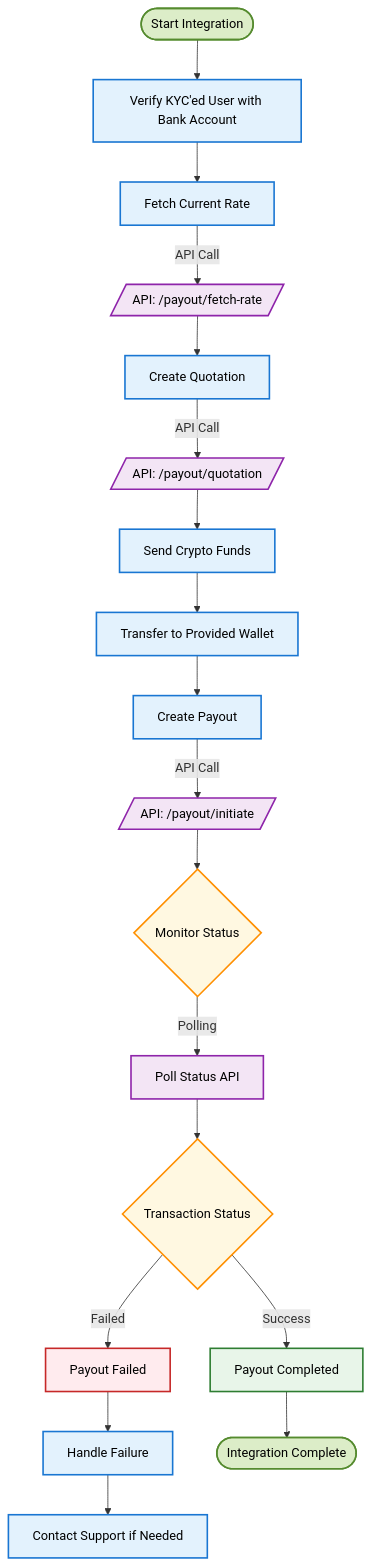
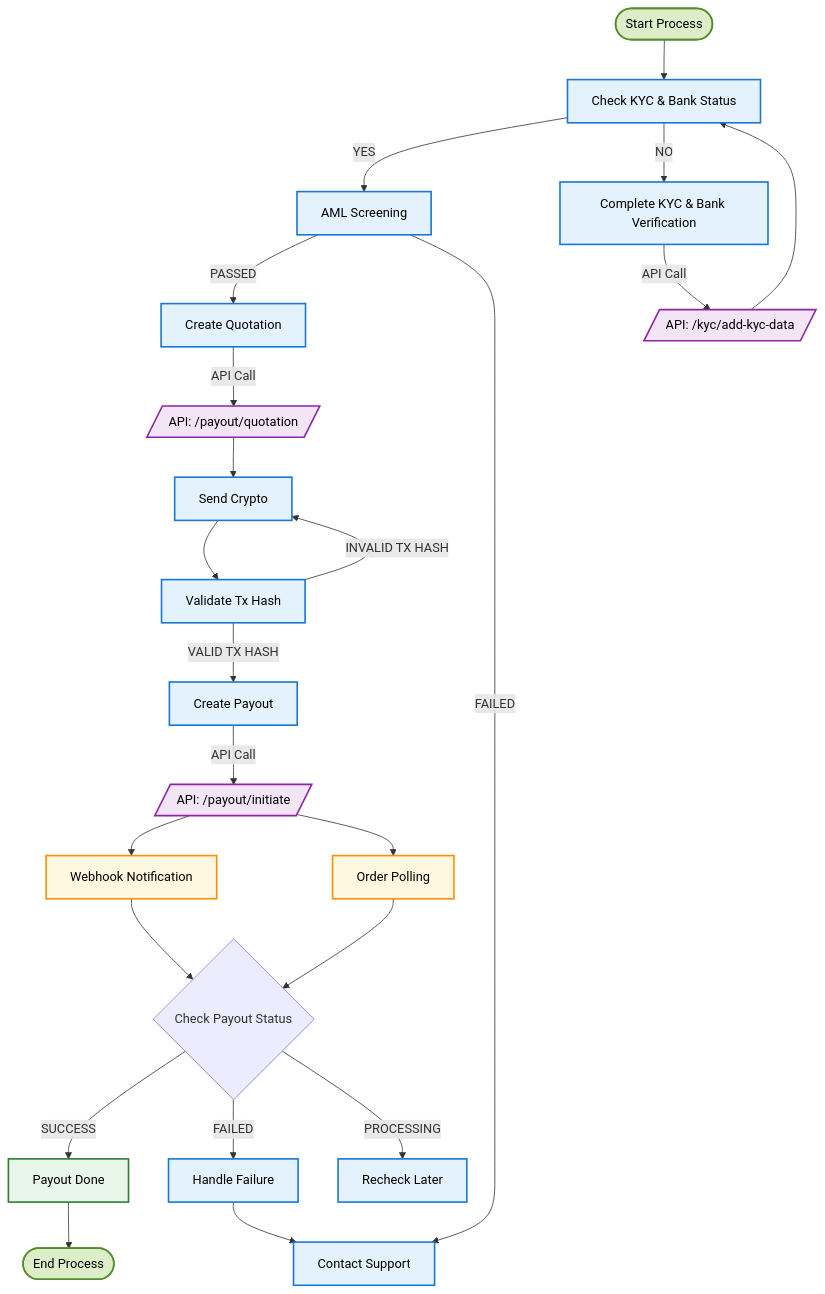
The first of 2 diagrams in api-reference-other/integration-guides/payout-integration-guide.mdx (DollarPe-Infra/docs), drawn with Mermaid before and after one commit. The commit also changed other lines of this file and 4 other files, not shown here.

````diff
--- a/api-reference-other/integration-guides/payout-integration-guide.mdx
+++ b/api-reference-other/integration-guides/payout-integration-guide.mdx
@@ -38,44 +45,48 @@
 ```mermaid
 flowchart TD
-    Start([Start Integration]) --> KYCCheck[Verify KYC'ed User with Bank Account]
+    Start([Start Process]) --> CheckKYC[Check KYC & Bank Status]
+    CheckKYC -->|YES| AMLScreening[AML Screening]
+    CheckKYC -->|NO| AddKYC[Complete KYC & Bank Verification]
     
-    KYCCheck --> FetchRate[Fetch Current Rate]
-    FetchRate -->|API Call| FetchRateAPI[/API: /payout/fetch-rate/]
-    
-    FetchRateAPI --> CreateQuote[Create Quotation]
+    AddKYC -->|API Call| KycAPI[/API: /kyc/add-kyc-data/]
+    KycAPI --> CheckKYC
+
+    AMLScreening -->|PASSED| CreateQuote[Create Quotation]
+    AMLScreening -->|FAILED| ContactSupport[Contact Support]
+
     CreateQuote -->|API Call| QuoteAPI[/API: /payout/quotation/]
-    
-    QuoteAPI --> SendFunds[Send Crypto Funds]
-    SendFunds --> WalletTransfer[Transfer to Provided Wallet]
-    
-    WalletTransfer --> CreatePayout[Create Payout]
+    QuoteAPI --> SendCrypto[Send Crypto]
+
+    SendCrypto --> ValidateTx[Validate Tx Hash]
+
+    ValidateTx -->|VALID TX HASH| CreatePayout[Create Payout]
+    ValidateTx -->|INVALID TX HASH| SendCrypto
+
     CreatePayout -->|API Call| PayoutAPI[/API: /payout/initiate/]
-    
-    PayoutAPI --> MonitorStatus{Monitor Status}
-    
-    MonitorStatus -->|Polling| StatusCheck[Poll Status API]
-    
-    StatusCheck --> StatusEval{Transaction Status}
-    
-    StatusEval -->|Success| Success[Payout Completed]
-    StatusEval -->|Failed| Failed[Payout Failed]
-    
-    Failed --> HandleFailure[Handle Failure]
-    HandleFailure --> ContactSupport[Contact Support if Needed]
-    
-    Success --> Complete([Integration Complete])
+    PayoutAPI --> WebhookNotification[Webhook Notification]
+    PayoutAPI --> PollStatus[Order Polling]
+
+    WebhookNotification --> PayoutStatus{Check Payout Status}
+    PollStatus --> PayoutStatus
+
+    PayoutStatus -->|SUCCESS| PayoutDone[Payout Done]
+    PayoutStatus -->|FAILED| HandleFail[Handle Failure]
+    PayoutStatus -->|PROCESSING| WaitRetry[Recheck Later]
+
+    HandleFail --> ContactSupport
+    PayoutDone --> End([End Process])
 
     classDef startEndNode fill:#dcedc8,stroke:#558b2f,stroke-width:2px,color:#000
     classDef mainNode fill:#e3f2fd,stroke:#1976d2,stroke-width:2px,color:#000
     classDef apiNode fill:#f3e5f5,stroke:#8e24aa,stroke-width:2px,color:#000
     classDef stateNode fill:#e8f5e9,stroke:#2e7d32,stroke-width:2px,color:#000
     classDef failureNode fill:#ffebee,stroke:#c62828,stroke-width:2px,color:#000
     classDef waitNode fill:#fff8e1,stroke:#ff8f00,stroke-width:2px,color:#000
 
-    class Start,Complete startEndNode
-    class KYCCheck,FetchRate,CreateQuote,SendFunds,WalletTransfer,CreatePayout,HandleFailure,ContactSupport mainNode
-    class FetchRateAPI,QuoteAPI,PayoutAPI,StatusCheck apiNode
-    class Success stateNode
-    class Failed failureNode
-    class MonitorStatus,StatusEval waitNode
+    class Start,End startEndNode
+    class CheckKYC,AddKYC,AMLScreening,CreateQuote,SendCrypto,ValidateTx,CreatePayout,HandleFail,ContactSupport,WaitRetry mainNode
+    class KycAPI,QuoteAPI,SendAPI,PayoutAPI apiNode
+    class WebhookNotification,PollStatus waitNode
+    class PayoutDone stateNode
+    class PayoutStatus decision
 ```
````
